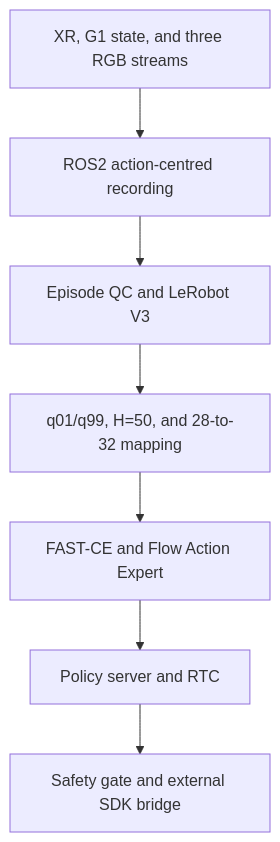
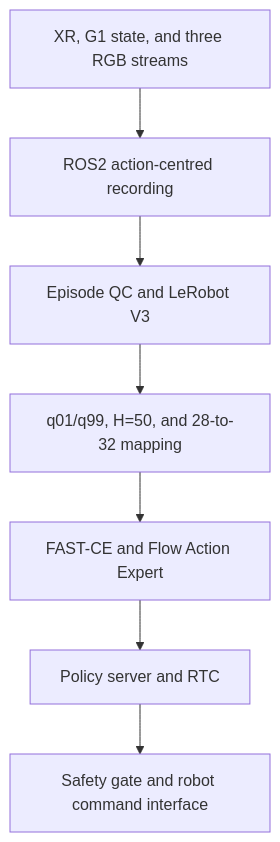
One commit to SILVIO-ZHENG/Pi0.7-Flow-matching changed the diagram in CODE_MAP.md. Above: the diagram before and after it, drawn with Mermaid. The commit also changed other lines of this file and 12 other files, not shown here.

````diff
--- a/CODE_MAP.md
+++ b/CODE_MAP.md
@@ -16,9 +16,9 @@
 ```mermaid
 flowchart TD
     A["XR, G1 state, and three RGB streams"] --> B["ROS2 action-centred recording"]
     B --> C["Episode QC and LeRobot V3"]
     C --> D["q01/q99, H=50, and 28-to-32 mapping"]
     D --> E["FAST-CE and Flow Action Expert"]
     E --> F["Policy server and RTC"]
-    F --> G["Safety gate and external SDK bridge"]
+    F --> G["Safety gate and robot command interface"]
 ```
````
